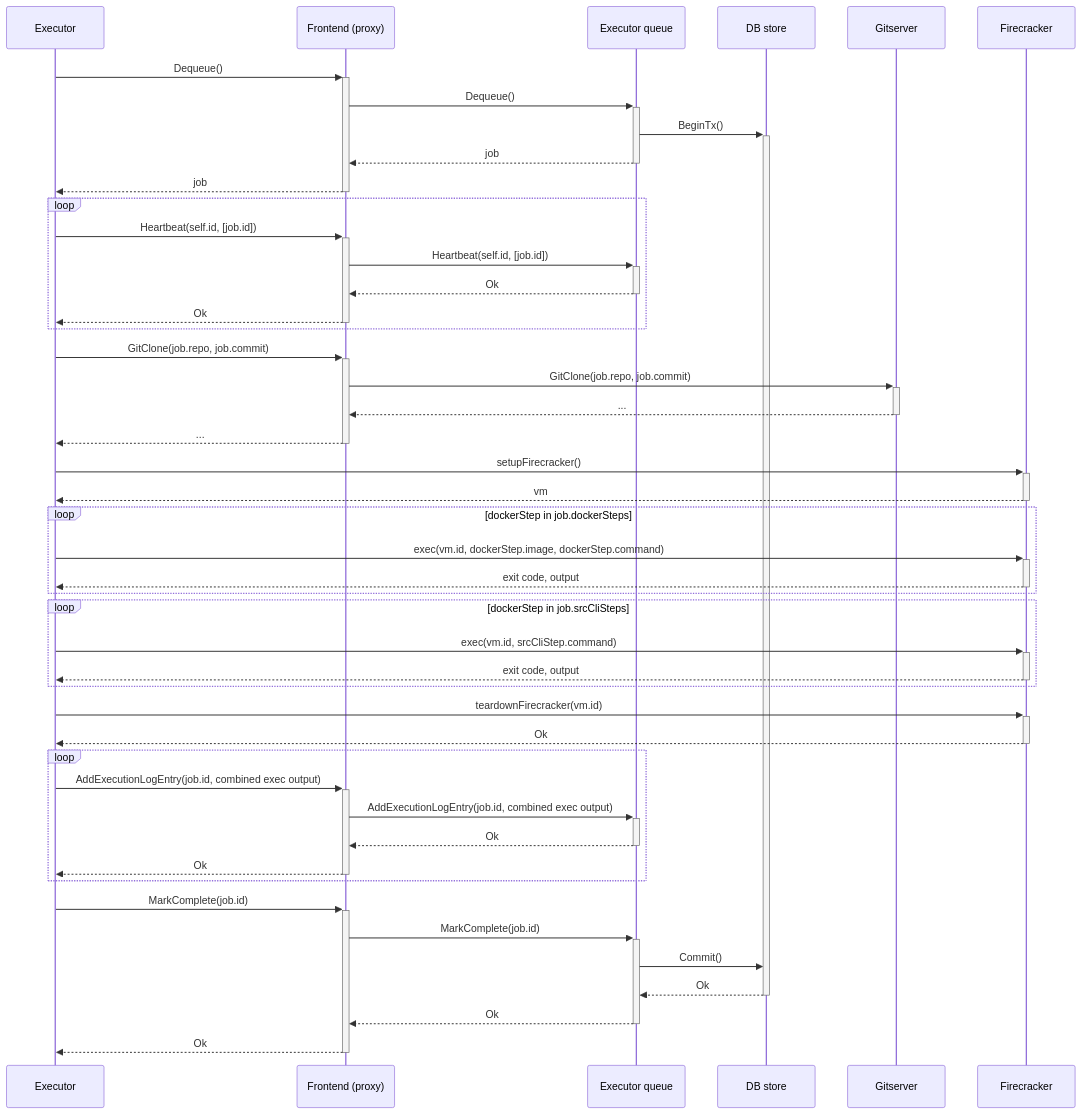
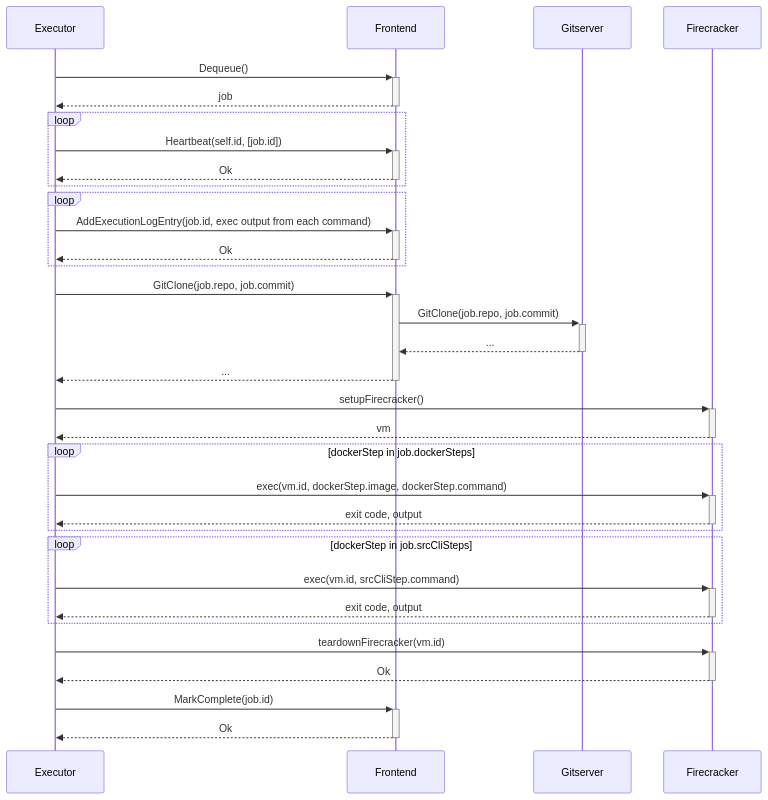
One commit to sourcegraph/sourcegraph-public-snapshot changed the diagram in doc/dev/background-information/codeintel/diagrams/executor.mermaid. Above: the diagram before and after it, drawn with Mermaid. The commit also changed 4 other files, not shown here.

```diff
--- a/doc/dev/background-information/codeintel/diagrams/executor.mermaid
+++ b/doc/dev/background-information/codeintel/diagrams/executor.mermaid
@@ -1,48 +1,37 @@
 sequenceDiagram
-  Executor          ->>+ Frontend (proxy): Dequeue()
-  Frontend (proxy)  ->>+ Executor queue: Dequeue()
-  Executor queue    ->>+ DB store: BeginTx()
-  Executor queue   -->>- Frontend (proxy): job
-  Frontend (proxy) -->>- Executor: job
+  Executor          ->>+ Frontend: Dequeue()
+  Frontend         -->>- Executor: job
 
   loop
-    Executor          ->>+ Frontend (proxy): Heartbeat(self.id, [job.id])
-    Frontend (proxy)  ->>+ Executor queue: Heartbeat(self.id, [job.id])
-    Executor queue   -->>- Frontend (proxy): Ok
-    Frontend (proxy) -->>- Executor: Ok
+    Executor          ->>+ Frontend: Heartbeat(self.id, [job.id])
+    Frontend         -->>- Executor: Ok
   end
 
-  Executor          ->>+ Frontend (proxy): GitClone(job.repo, job.commit)
-  Frontend (proxy)  ->>+ Gitserver: GitClone(job.repo, job.commit)
-  Gitserver        -->>- Frontend (proxy): ...
-  Frontend (proxy) -->>- Executor: ...
+  loop
+    Executor          ->>+ Frontend: AddExecutionLogEntry(job.id, exec output from each command)
+    Frontend         -->>- Executor: Ok
+  end
+
+  Executor          ->>+ Frontend: GitClone(job.repo, job.commit)
+  Frontend          ->>+ Gitserver: GitClone(job.repo, job.commit)
+  Gitserver        -->>- Frontend: ...
+  Frontend         -->>- Executor: ...
 
   Executor        ->>+ Firecracker: setupFirecracker()
   Firecracker    -->>- Executor: vm
 
   loop dockerStep in job.dockerSteps
     Executor      ->>+ Firecracker: exec(vm.id, dockerStep.image, dockerStep.command)
     Firecracker  -->>- Executor: exit code, output
   end
 
   loop dockerStep in job.srcCliSteps
     Executor      ->>+ Firecracker: exec(vm.id, srcCliStep.command)
     Firecracker  -->>- Executor: exit code, output
   end
 
   Executor        ->>+ Firecracker: teardownFirecracker(vm.id)
   Firecracker    -->>- Executor: Ok
 
-  loop
-    Executor          ->>+ Frontend (proxy): AddExecutionLogEntry(job.id, combined exec output)
-    Frontend (proxy)  ->>+ Executor queue: AddExecutionLogEntry(job.id, combined exec output)
-    Executor queue   -->>- Frontend (proxy): Ok
-    Frontend (proxy) -->>- Executor: Ok
-  end
-
-  Executor          ->>+ Frontend (proxy): MarkComplete(job.id)
-  Frontend (proxy)  ->>+ Executor queue: MarkComplete(job.id)
-  Executor queue    ->>  DB store: Commit()
-  DB store         -->>- Executor queue: Ok
-  Executor queue   -->>- Frontend (proxy): Ok
-  Frontend (proxy) -->>- Executor: Ok
+  Executor          ->>+ Frontend: MarkComplete(job.id)
+  Frontend         -->>- Executor: Ok
```
